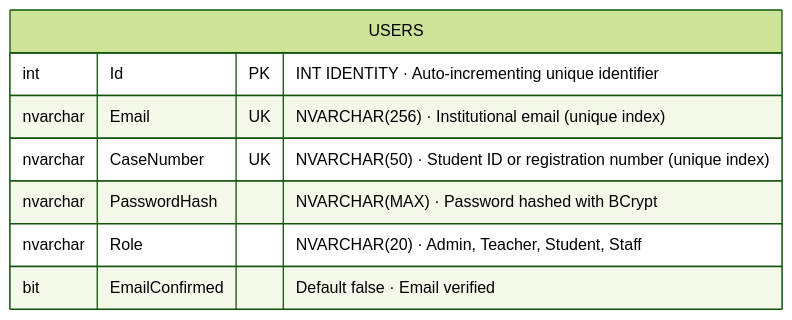
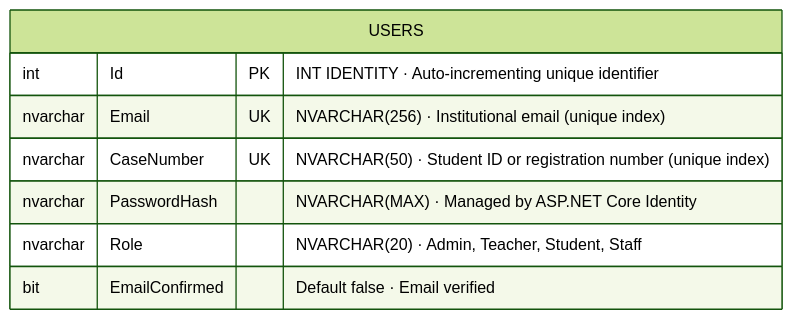
Before and after one commit to SaraCarmona03/VozUniversitaria: the fourth of 5 diagrams in architecture.md, drawn with Mermaid (forest theme). The commit also changed other lines of this file and 39 other files, not shown here.

````diff
--- a/architecture.md
+++ b/architecture.md
@@ -334,11 +352,11 @@
 ```mermaid
 erDiagram
     USERS {
         int Id PK "INT IDENTITY · Auto-incrementing unique identifier"
         nvarchar Email UK "NVARCHAR(256) · Institutional email (unique index)"
         nvarchar CaseNumber UK "NVARCHAR(50) · Student ID or registration number (unique index)"
-        nvarchar PasswordHash "NVARCHAR(MAX) · Password hashed with BCrypt"
+        nvarchar PasswordHash "NVARCHAR(MAX) · Managed by ASP.NET Core Identity"
         nvarchar Role "NVARCHAR(20) · Admin, Teacher, Student, Staff"
         bit EmailConfirmed "Default false · Email verified"
     }
 ```
````
